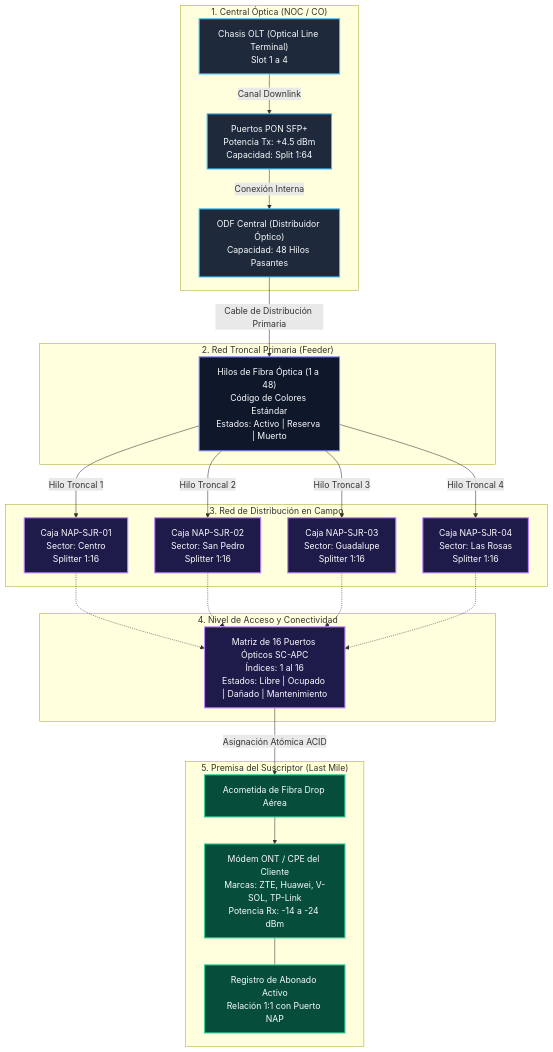
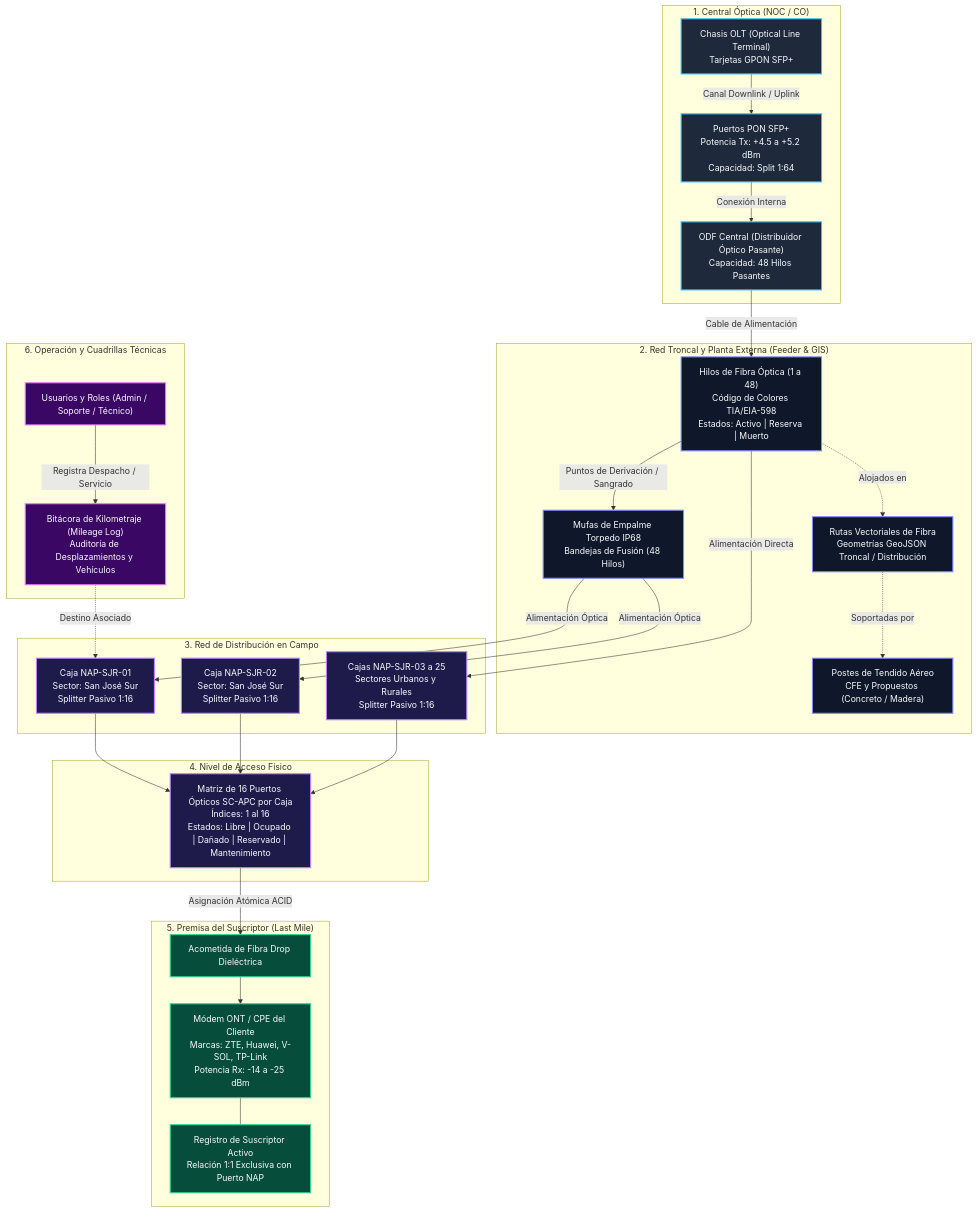
One commit to mauricionlz2018-tech/Redes-GPON-FTTx changed the first of 2 diagrams in docs/DICCIONARIO_Y_DIAGRAMA_BD.md. Above: the diagram before and after it, drawn with Mermaid. The commit also changed other lines of this file and 6 other files, not shown here.

````diff
--- a/docs/DICCIONARIO_Y_DIAGRAMA_BD.md
+++ b/docs/DICCIONARIO_Y_DIAGRAMA_BD.md
@@ -19,55 +22,68 @@
 ```mermaid
 flowchart TD
     subgraph Central["1. Central Óptica (NOC / CO)"]
-        OLT["Chasis OLT (Optical Line Terminal)<br/>Slot 1 a 4"]
-        PON["Puertos PON SFP+<br/>Potencia Tx: +4.5 dBm<br/>Capacidad: Split 1:64"]
-        ODF["ODF Central (Distribuidor Óptico)<br/>Capacidad: 48 Hilos Pasantes"]
-        OLT -->|Canal Downlink| PON
+        OLT["Chasis OLT (Optical Line Terminal)<br/>Tarjetas GPON SFP+"]
+        PON["Puertos PON SFP+<br/>Potencia Tx: +4.5 a +5.2 dBm<br/>Capacidad: Split 1:64"]
+        ODF["ODF Central (Distribuidor Óptico Pasante)<br/>Capacidad: 48 Hilos Pasantes"]
+        OLT -->|Canal Downlink / Uplink| PON
         PON -->|Conexión Interna| ODF
     end
 
-    subgraph Troncal["2. Red Troncal Primaria (Feeder)"]
-        HILOS["Hilos de Fibra Óptica (1 a 48)<br/>Código de Colores Estándar<br/>Estados: Activo | Reserva | Muerto"]
-        ODF -->|Cable de Distribución Primaria| HILOS
+    subgraph Troncal["2. Red Troncal y Planta Externa (Feeder & GIS)"]
+        HILOS["Hilos de Fibra Óptica (1 a 48)<br/>Código de Colores TIA/EIA-598<br/>Estados: Activo | Reserva | Muerto"]
+        POSTES["Postes de Tendido Aéreo<br/>CFE y Propuestos (Concreto / Madera)"]
+        MUFAS["Mufas de Empalme Torpedo IP68<br/>Bandejas de Fusión (48 Hilos)"]
+        RUTAS["Rutas Vectoriales de Fibra<br/>Geometrías GeoJSON Troncal / Distribución"]
+
+        ODF -->|Cable de Alimentación| HILOS
+        HILOS -.->|Alojados en| RUTAS
+        RUTAS -.->|Soportadas por| POSTES
+        HILOS -->|Puntos de Derivación / Sangrado| MUFAS
     end
 
     subgraph Distribucion["3. Red de Distribución en Campo"]
-        NAP1["Caja NAP-SJR-01<br/>Sector: Centro<br/>Splitter 1:16"]
-        NAP2["Caja NAP-SJR-02<br/>Sector: San Pedro<br/>Splitter 1:16"]
-        NAP3["Caja NAP-SJR-03<br/>Sector: Guadalupe<br/>Splitter 1:16"]
-        NAP4["Caja NAP-SJR-04<br/>Sector: Las Rosas<br/>Splitter 1:16"]
-        
-        HILOS -->|Hilo Troncal 1| NAP1
-        HILOS -->|Hilo Troncal 2| NAP2
-        HILOS -->|Hilo Troncal 3| NAP3
-        HILOS -->|Hilo Troncal 4| NAP4
+        NAP1["Caja NAP-SJR-01<br/>Sector: San José Sur<br/>Splitter Pasivo 1:16"]
+        NAP2["Caja NAP-SJR-02<br/>Sector: San José Sur<br/>Splitter Pasivo 1:16"]
+        NAPN["Cajas NAP-SJR-03 a 25<br/>Sectores Urbanos y Rurales<br/>Splitter Pasivo 1:16"]
+
+        MUFAS -->|Alimentación Óptica| NAP1
+        MUFAS -->|Alimentación Óptica| NAP2
+        HILOS -->|Alimentación Directa| NAPN
     end
 
-    subgraph Puertos["4. Nivel de Acceso y Conectividad"]
-        P1["Matriz de 16 Puertos Ópticos SC-APC<br/>Índices: 1 al 16<br/>Estados: Libre | Ocupado | Dañado | Mantenimiento"]
-        NAP1 -.-> P1
-        NAP2 -.-> P1
-        NAP3 -.-> P1
-        NAP4 -.-> P1
+    subgraph Puertos["4. Nivel de Acceso Físico"]
+        P1["Matriz de 16 Puertos Ópticos SC-APC por Caja<br/>Índices: 1 al 16<br/>Estados: Libre | Ocupado | Dañado | Reservado | Mantenimiento"]
+        NAP1 --> P1
+        NAP2 --> P1
+        NAPN --> P1
     end
 
     subgraph Premisa["5. Premisa del Suscriptor (Last Mile)"]
-        DROP["Acometida de Fibra Drop Aérea"]
-        ONT["Módem ONT / CPE del Cliente<br/>Marcas: ZTE, Huawei, V-SOL, TP-Link<br/>Potencia Rx: -14 a -24 dBm"]
-        CLI["Registro de Abonado Activo<br/>Relación 1:1 con Puerto NAP"]
-        
+        DROP["Acometida de Fibra Drop Dieléctrica"]
+        ONT["Módem ONT / CPE del Cliente<br/>Marcas: ZTE, Huawei, V-SOL, TP-Link<br/>Potencia Rx: -14 a -25 dBm"]
+        CLI["Registro de Suscriptor Activo<br/>Relación 1:1 Exclusiva con Puerto NAP"]
+
         P1 -->|Asignación Atómica ACID| DROP
         DROP --> ONT
         ONT --- CLI
+    end
+
+    subgraph Operacion["6. Operación y Cuadrillas Técnicas"]
+        MILE["Bitácora de Kilometraje (Mileage Log)<br/>Auditoría de Desplazamientos y Vehículos"]
+        USER["Usuarios y Roles (Admin / Soporte / Técnico)"]
+        USER -->|Registra Despacho / Servicio| MILE
+        MILE -.->|Destino Asociado| NAP1
     end
 
     classDef central fill:#1e293b,stroke:#38bdf8,stroke-width:2px,color:#f8fafc;
     classDef red fill:#0f172a,stroke:#818cf8,stroke-width:2px,color:#f8fafc;
     classDef nap fill:#1e1b4b,stroke:#c084fc,stroke-width:2px,color:#f8fafc;
     classDef client fill:#064e3b,stroke:#34d399,stroke-width:2px,color:#f8fafc;
+    classDef ops fill:#3b0764,stroke:#e879f9,stroke-width:2px,color:#f8fafc;
 
     class OLT,PON,ODF central;
-    class HILOS red;
-    class NAP1,NAP2,NAP3,NAP4,P1 nap;
+    class HILOS,POSTES,MUFAS,RUTAS red;
+    class NAP1,NAP2,NAPN,P1 nap;
     class DROP,ONT,CLI client;
+    class MILE,USER ops;
 ```
````
